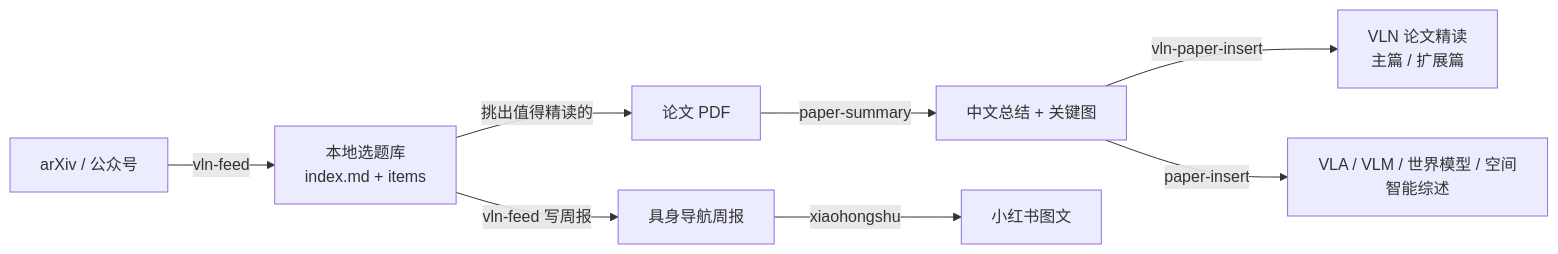
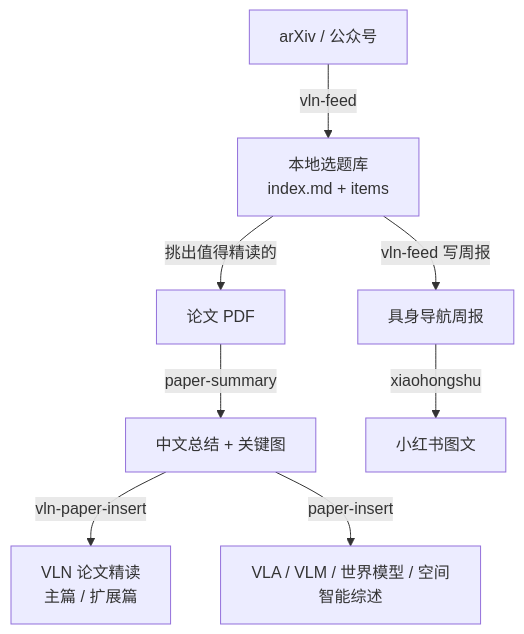
The diagram in _posts/blog/2026-10-24-Building-This-Blog-with-Skills.md (TingdeLiu/tingdeliu.github.io), drawn with Mermaid before and after one commit. The commit also changed 2 other files, not shown here.

Commit message:
Lay out the skills pipeline diagram vertically for readability

````diff
--- a/_posts/blog/2026-10-24-Building-This-Blog-with-Skills.md
+++ b/_posts/blog/2026-10-24-Building-This-Blog-with-Skills.md
@@ -131,10 +131,10 @@
 ```mermaid
-flowchart LR
+flowchart TD
     A[arXiv / 公众号] -->|vln-feed| B[本地选题库<br/>index.md + items]
     B -->|vln-feed 写周报| C[具身导航周报]
     B -->|挑出值得精读的| D[论文 PDF]
     D -->|paper-summary| E[中文总结 + 关键图]
     E -->|vln-paper-insert| F[VLN 论文精读<br/>主篇 / 扩展篇]
     E -->|paper-insert| G[VLA / VLM / 世界模型 / 空间智能综述]
     C -->|xiaohongshu| H[小红书图文]
 ```
````
